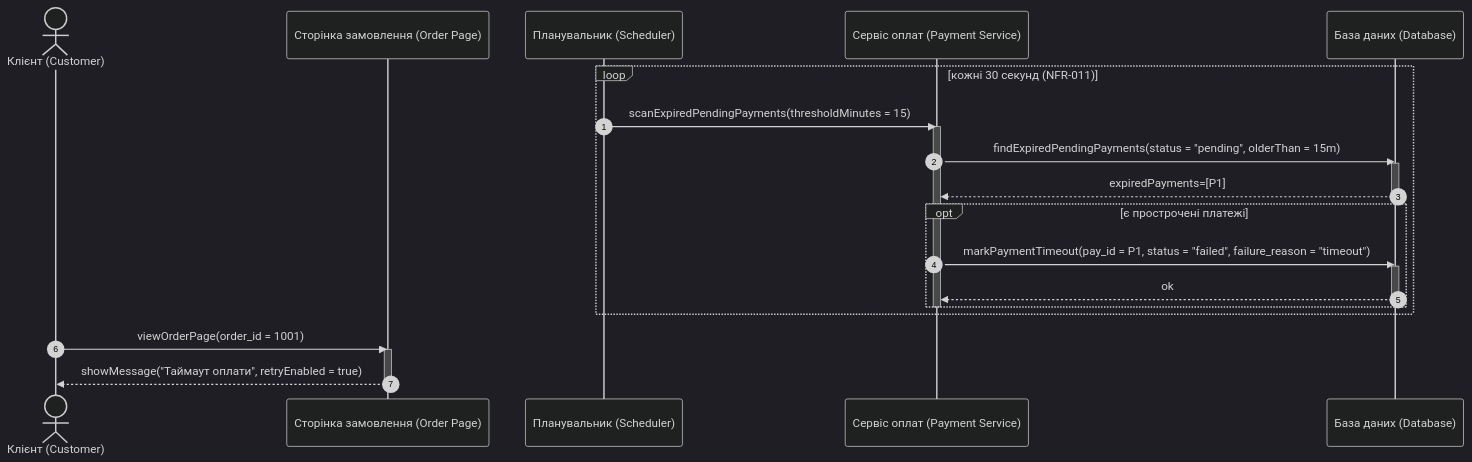
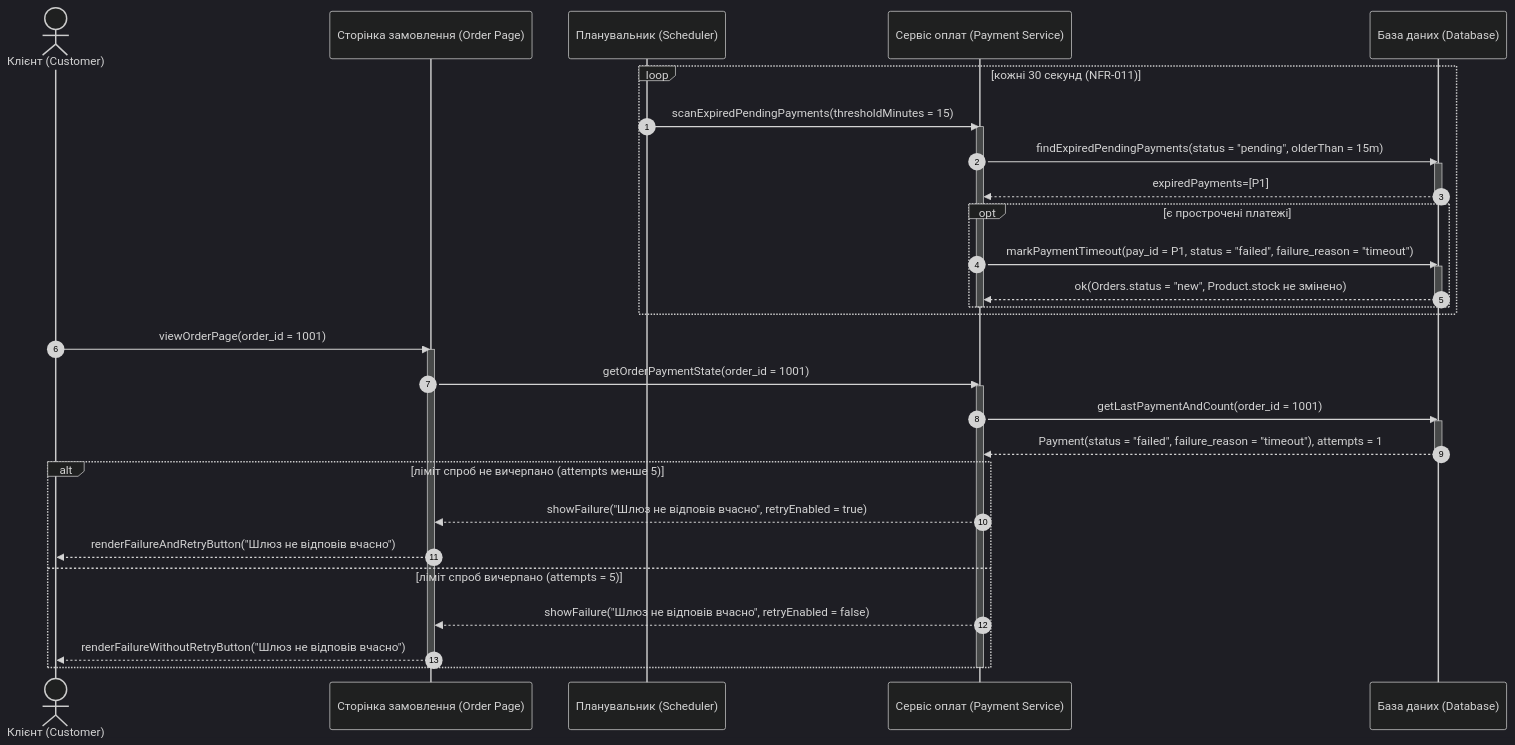
One commit to hutnichs/KPI_MAVPZ changed the sixth of 15 diagrams in Lab3/diagram.md. Above: the diagram before and after it, drawn with Mermaid (dark theme). The commit also changed other lines of this file, not shown here.

Commit message:
Update error handling and logging

````diff
--- a/Lab3/diagram.md
+++ b/Lab3/diagram.md
@@ -226,30 +227,43 @@
 ```mermaid
 sequenceDiagram
     autonumber
     actor Customer as Клієнт (Customer)
     participant Page as Сторінка замовлення (Order Page)
     participant Sched as Планувальник (Scheduler)
     participant PS as Сервіс оплат (Payment Service)
     participant DB as База даних (Database)
 
     loop кожні 30 секунд (NFR-011)
         Sched->>PS: scanExpiredPendingPayments(thresholdMinutes = 15)
         activate PS
         PS->>DB: findExpiredPendingPayments(status = "pending", olderThan = 15m)
         activate DB
         DB-->>PS: expiredPayments=[P1]
         deactivate DB
         opt є прострочені платежі
             PS->>DB: markPaymentTimeout(pay_id = P1, status = "failed", failure_reason = "timeout")
             activate DB
-            DB-->>PS: ok
+            DB-->>PS: ok(Orders.status = "new", Product.stock не змінено)
             deactivate DB
         end
         deactivate PS
     end
 
     Customer->>Page: viewOrderPage(order_id = 1001)
     activate Page
-    Page-->>Customer: showMessage("Таймаут оплати", retryEnabled = true)
+    Page->>PS: getOrderPaymentState(order_id = 1001)
+    activate PS
+    PS->>DB: getLastPaymentAndCount(order_id = 1001)
+    activate DB
+    DB-->>PS: Payment(status = "failed", failure_reason = "timeout"), attempts = 1
+    deactivate DB
+    alt ліміт спроб не вичерпано (attempts менше 5)
+        PS-->>Page: showFailure("Шлюз не відповів вчасно", retryEnabled = true)
+        Page-->>Customer: renderFailureAndRetryButton("Шлюз не відповів вчасно")
+    else ліміт спроб вичерпано (attempts = 5)
+        PS-->>Page: showFailure("Шлюз не відповів вчасно", retryEnabled = false)
+        Page-->>Customer: renderFailureWithoutRetryButton("Шлюз не відповів вчасно")
+    end
+    deactivate PS
     deactivate Page
 ```
````
